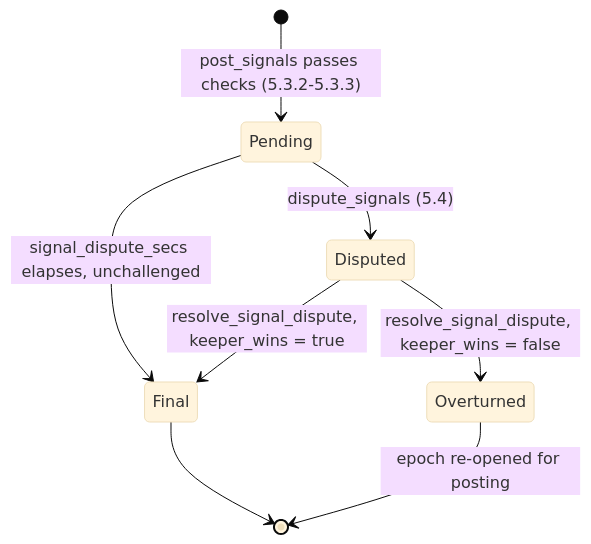
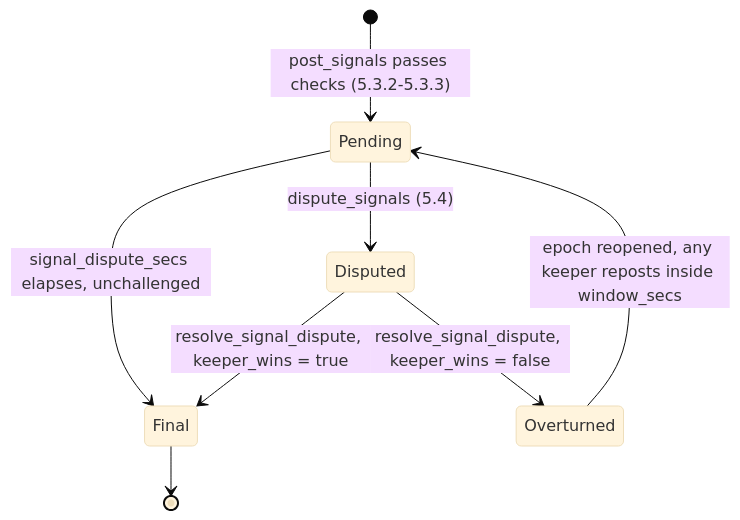
The third of 14 diagrams in technical-doc.md (Sylox-labs/sylox), drawn with Mermaid (base theme) before and after one commit. The commit also changed other lines of this file, not shown here.

````diff
--- a/technical-doc.md
+++ b/technical-doc.md
@@ -365,10 +587,10 @@
 ```mermaid
 stateDiagram-v2
   [*] --> Pending: post_signals passes checks (5.3.2-5.3.3)
   Pending --> Final: signal_dispute_secs elapses, unchallenged
   Pending --> Disputed: dispute_signals (5.4)
   Disputed --> Final: resolve_signal_dispute, keeper_wins = true
   Disputed --> Overturned: resolve_signal_dispute, keeper_wins = false
-  Overturned --> [*]: epoch re-opened for posting
+  Overturned --> Pending: epoch reopened, any keeper reposts inside window_secs
   Final --> [*]
 ```
````
